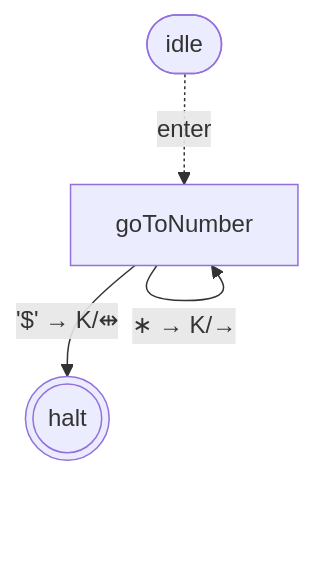
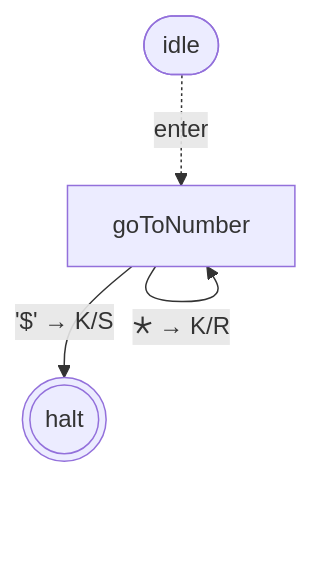
One commit to mellonis/turing-machine-js changed the first of 10 diagrams in packages/library-binary-numbers/states.md. Above: the diagram before and after it, drawn with Mermaid. The commit also changed other lines of this file and 14 other files, not shown here.

First line of the commit message:
polish(emit + docs): readable vocabulary, removed hand-drawn diagrams, dogfooded `summarize`

````diff
--- a/packages/library-binary-numbers/states.md
+++ b/packages/library-binary-numbers/states.md
@@ -7,10 +7,10 @@
 ```mermaid
 flowchart TD
 %% alphabets: [[" ","^","$","0","1"]]
   s0(((halt)))
   s1["goToNumber"]
   idle([idle])
   idle -. enter .-> s1
-  s1 -- "'$' → K/⇹" --> s0
-  s1 -- "∗ → K/→" --> s1
+  s1 -- "'$' → K/S" --> s0
+  s1 -- "🞰 → K/R" --> s1
 ```
````
